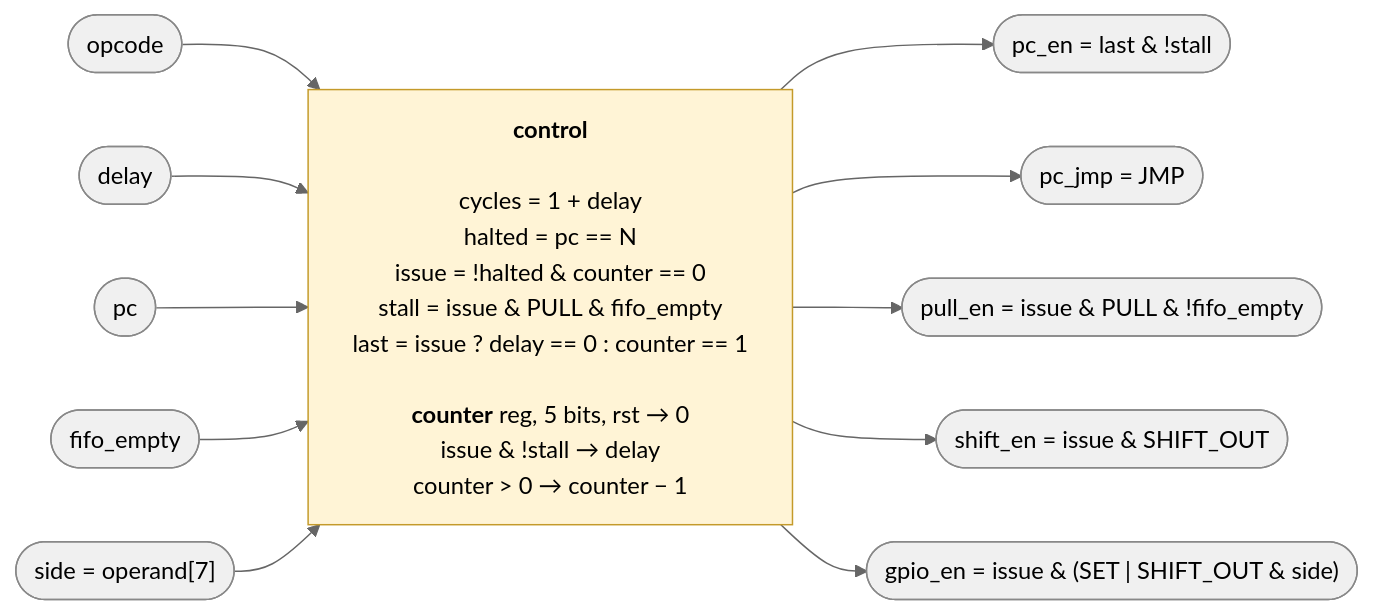
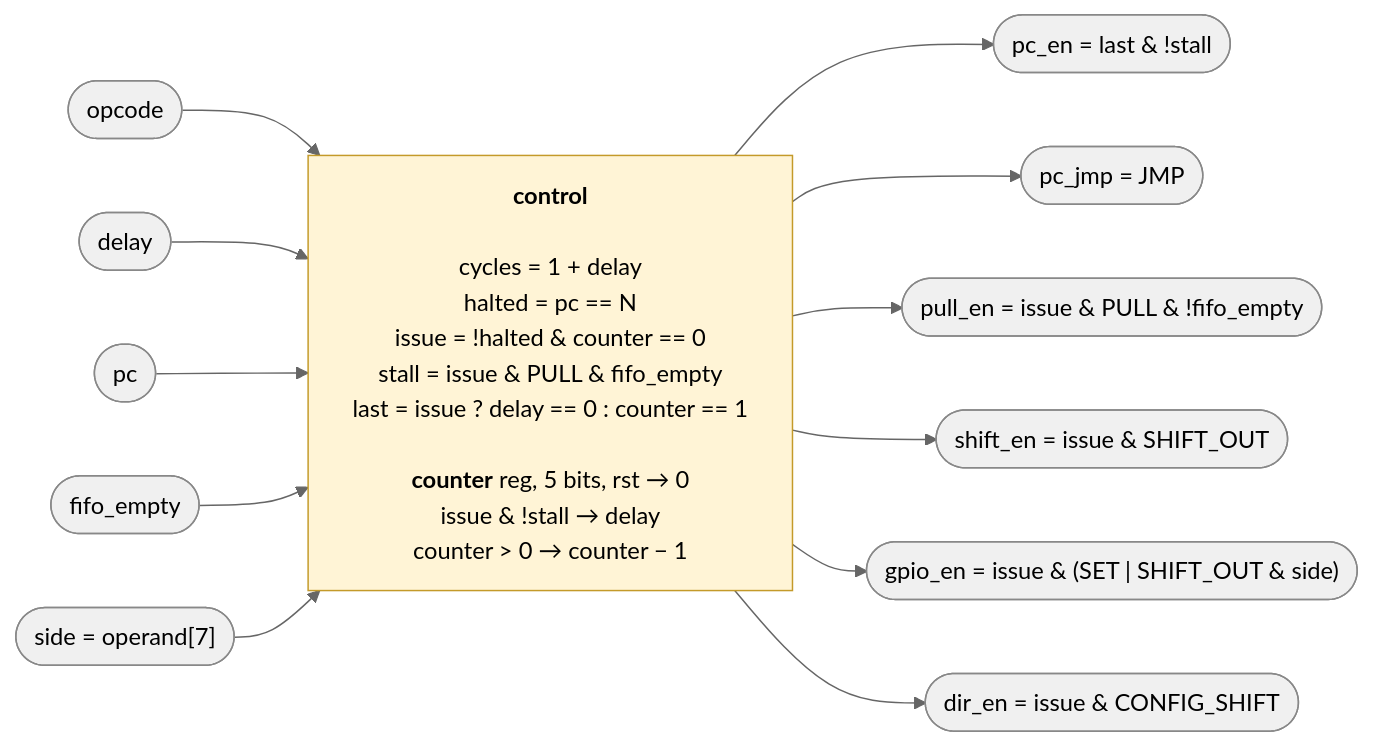
One commit to cshieldsce/smallcore changed the diagram in docs/control.mmd. Above: the diagram before and after it, drawn with Mermaid (neutral theme). The commit also changed 9 other files, not shown here.

Commit message:
update diagrams for shift_dir

```diff
--- a/docs/control.mmd
+++ b/docs/control.mmd
@@ -1,32 +1,34 @@
 %%{init: {"flowchart": {"wrappingWidth": 420}}}%%
 %% The control block: what it reads, what it computes, what it drives. All combinational
 %% except the counter register. Signal names match core.svg.
 flowchart LR
   classDef sig fill:#f0f0f0,stroke:#888
   classDef reg fill:#dbe8ff,stroke:#4a6fa5
   classDef comb fill:#fff4d6,stroke:#c49a2a
 
   OPC(["opcode"]):::sig
   DLY(["delay"]):::sig
   PCV(["pc"]):::sig
   EMP(["fifo_empty"]):::sig
   SIDE(["side = operand[7]"]):::sig
 
   CU["<b>control</b><br/><br/>cycles = 1 + delay<br/>halted = pc == N<br/>issue = !halted & counter == 0<br/>stall = issue & PULL & fifo_empty<br/>last = issue ? delay == 0 : counter == 1<br/><br/><b>counter</b> reg, 5 bits, rst → 0<br/>issue & !stall → delay<br/>counter > 0 → counter − 1"]:::comb
 
   PCI(["pc_en = last & !stall"]):::sig
   PCJ(["pc_jmp = JMP"]):::sig
   PLE(["pull_en = issue & PULL & !fifo_empty"]):::sig
   SHE(["shift_en = issue & SHIFT_OUT"]):::sig
   PNE(["gpio_en = issue & (SET | SHIFT_OUT & side)"]):::sig
+  DIE(["dir_en = issue & CONFIG_SHIFT"]):::sig
 
   OPC --> CU
   DLY --> CU
   PCV --> CU
   EMP --> CU
   SIDE --> CU
   CU --> PCI
   CU --> PCJ
   CU --> PLE
   CU --> SHE
   CU --> PNE
+  CU --> DIE
```
